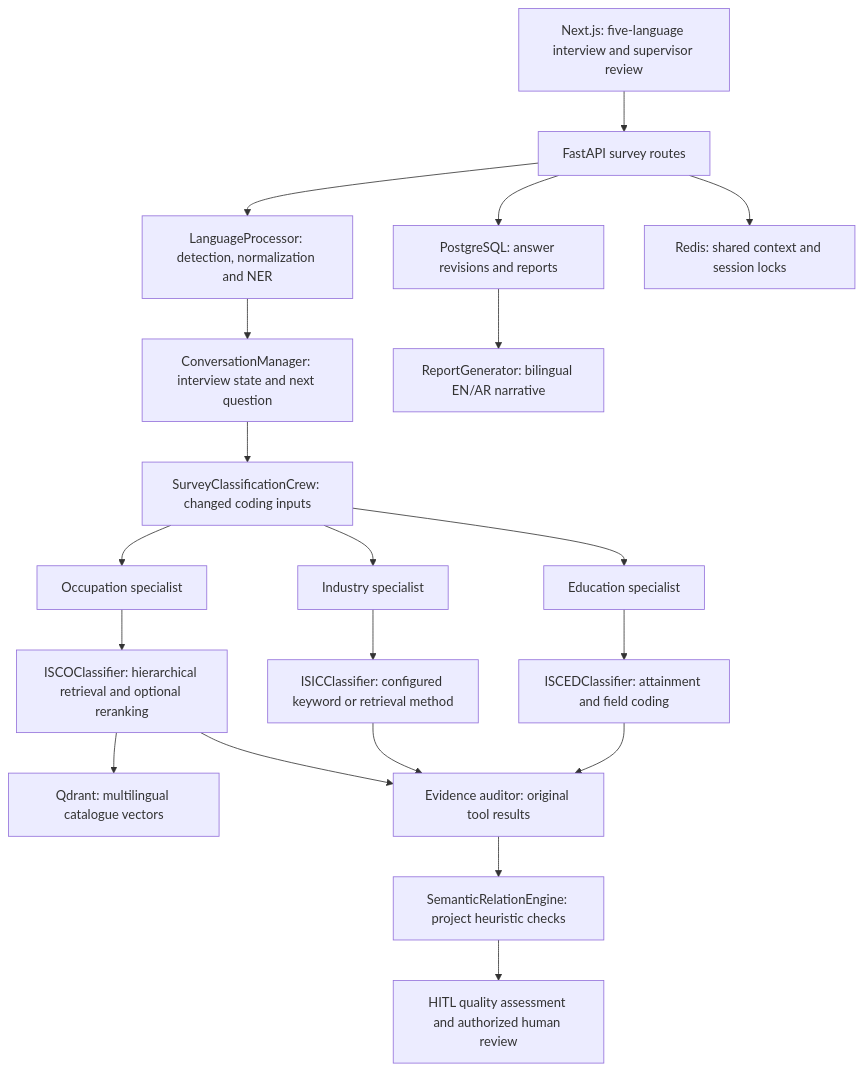
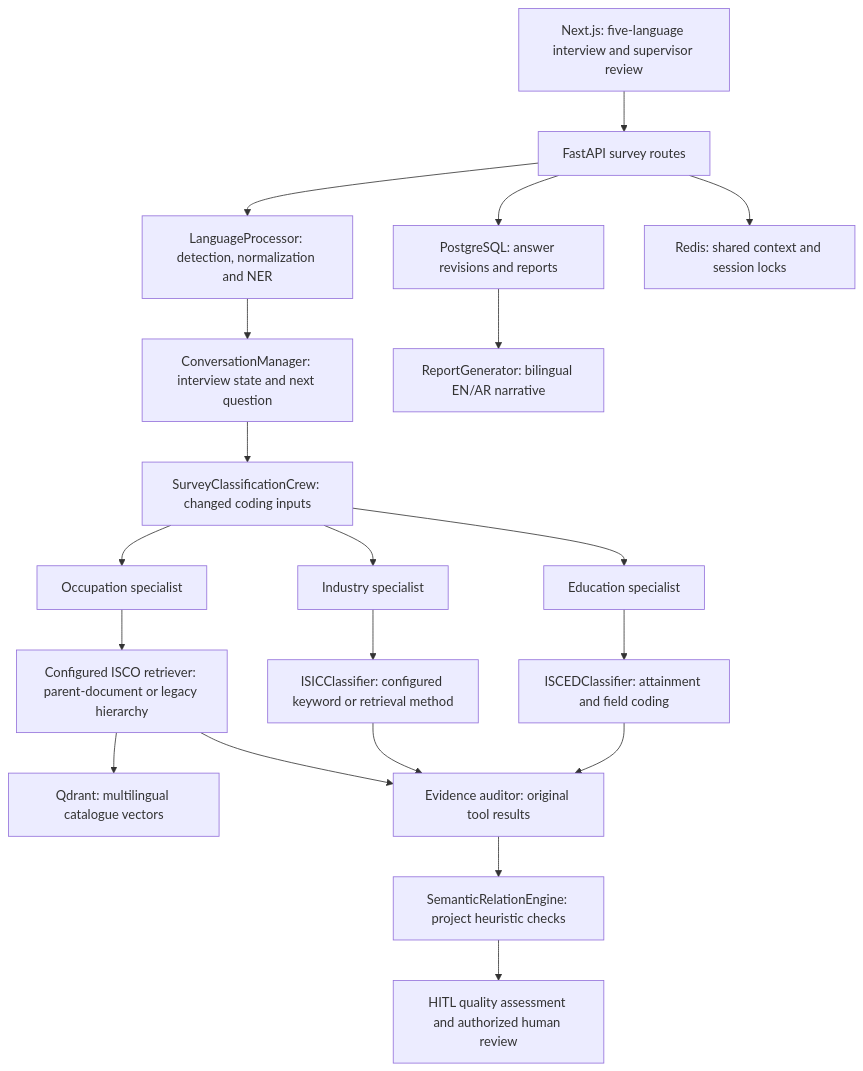
The diagram in README.md (SrkSubbiah89/Multilingual-LFS-Project), drawn with Mermaid before and after one commit. The commit also changed other lines of this file and 39 other files, not shown here.

Commit message:
Improve ISCO accuracy with verified parent-document RAG

````diff
--- a/README.md
+++ b/README.md
@@ -35,22 +35,22 @@
 ```mermaid
 flowchart TD
     UI[Next.js: five-language interview and supervisor review] --> API[FastAPI survey routes]
     API --> Language[LanguageProcessor: detection, normalization and NER]
     Language --> Conversation[ConversationManager: interview state and next question]
     Conversation --> Crew[SurveyClassificationCrew: changed coding inputs]
     Crew --> Occupation[Occupation specialist]
     Crew --> Industry[Industry specialist]
     Crew --> Education[Education specialist]
-    Occupation --> RAG[ISCOClassifier: hierarchical retrieval and optional reranking]
+    Occupation --> RAG[Configured ISCO retriever: parent-document or legacy hierarchy]
     RAG --> Qdrant[Qdrant: multilingual catalogue vectors]
     Industry --> ISIC[ISICClassifier: configured keyword or retrieval method]
     Education --> ISCED[ISCEDClassifier: attainment and field coding]
     RAG --> Auditor[Evidence auditor: original tool results]
     ISIC --> Auditor
     ISCED --> Auditor
     Auditor --> Coherence[SemanticRelationEngine: project heuristic checks]
     Coherence --> Review[HITL quality assessment and authorized human review]
     API --> PostgreSQL[PostgreSQL: answer revisions and reports]
     API --> Redis[Redis: shared context and session locks]
     PostgreSQL --> Report[ReportGenerator: bilingual EN/AR narrative]
 ```
````
